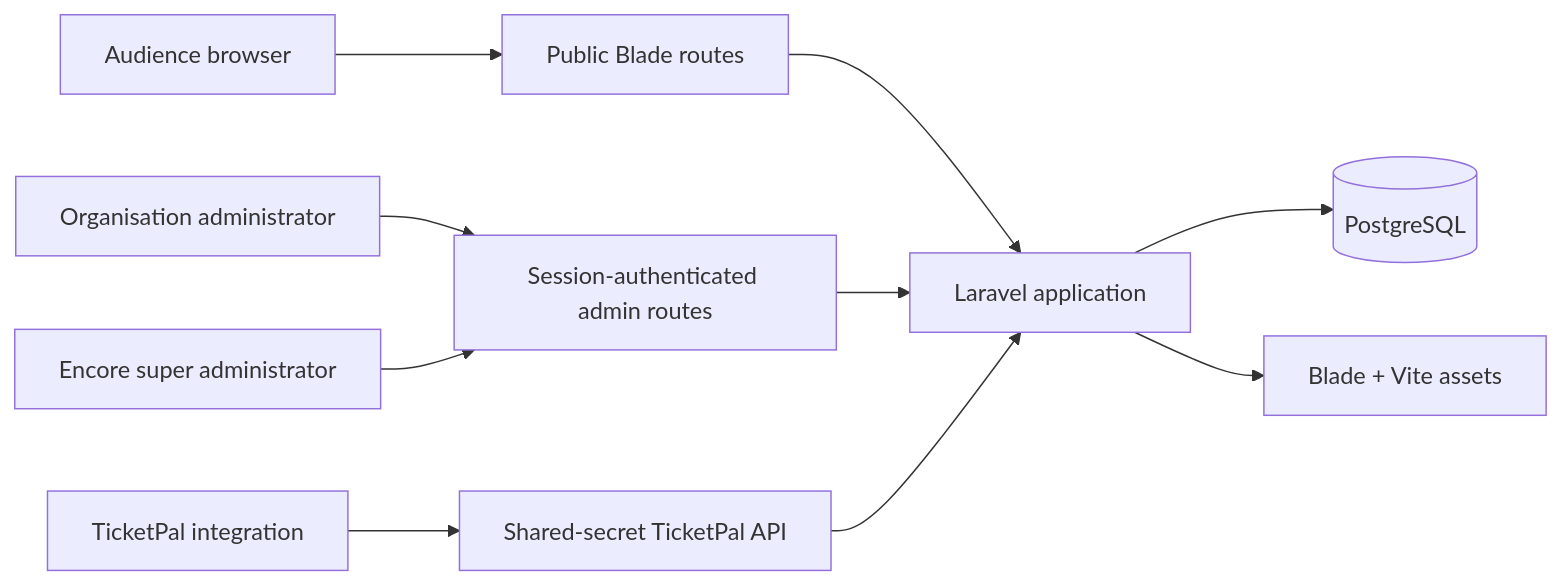
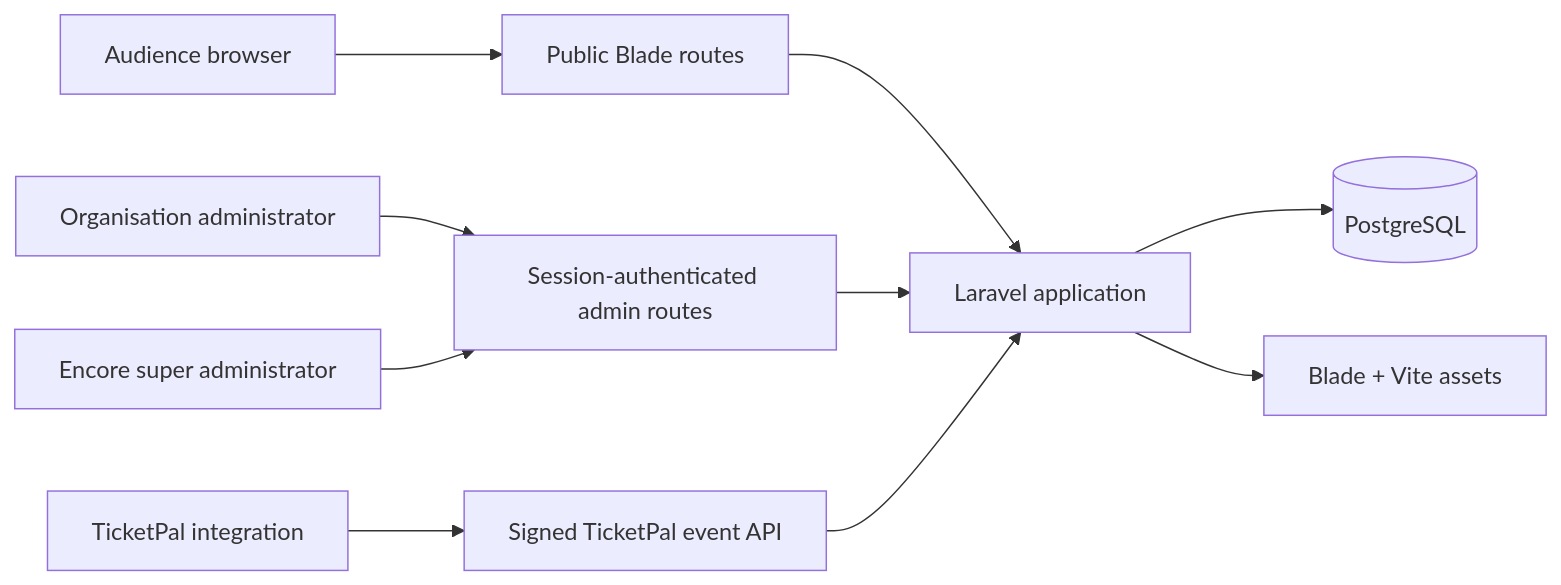
One commit to JayGordon0512/Encore-Reviews changed the diagram in docs/01-Architecture/README.md. Above: the diagram before and after it, drawn with Mermaid. The commit also changed other lines of this file and 12 other files, not shown here.

Commit message:
docs: record Sprint 0 architecture and risks

````diff
--- a/docs/01-Architecture/README.md
+++ b/docs/01-Architecture/README.md
@@ -7,12 +7,12 @@
 ```mermaid
 flowchart LR
     Audience[Audience browser] --> Public[Public Blade routes]
     Customer[Organisation administrator] --> Admin[Session-authenticated admin routes]
     Encore[Encore super administrator] --> Admin
-    TicketPal[TicketPal integration] --> API[Shared-secret TicketPal API]
+    TicketPal[TicketPal integration] --> API[Signed TicketPal event API]
     Public --> App[Laravel application]
     Admin --> App
     API --> App
     App --> PG[(PostgreSQL)]
     App --> Views[Blade + Vite assets]
 ```
````
